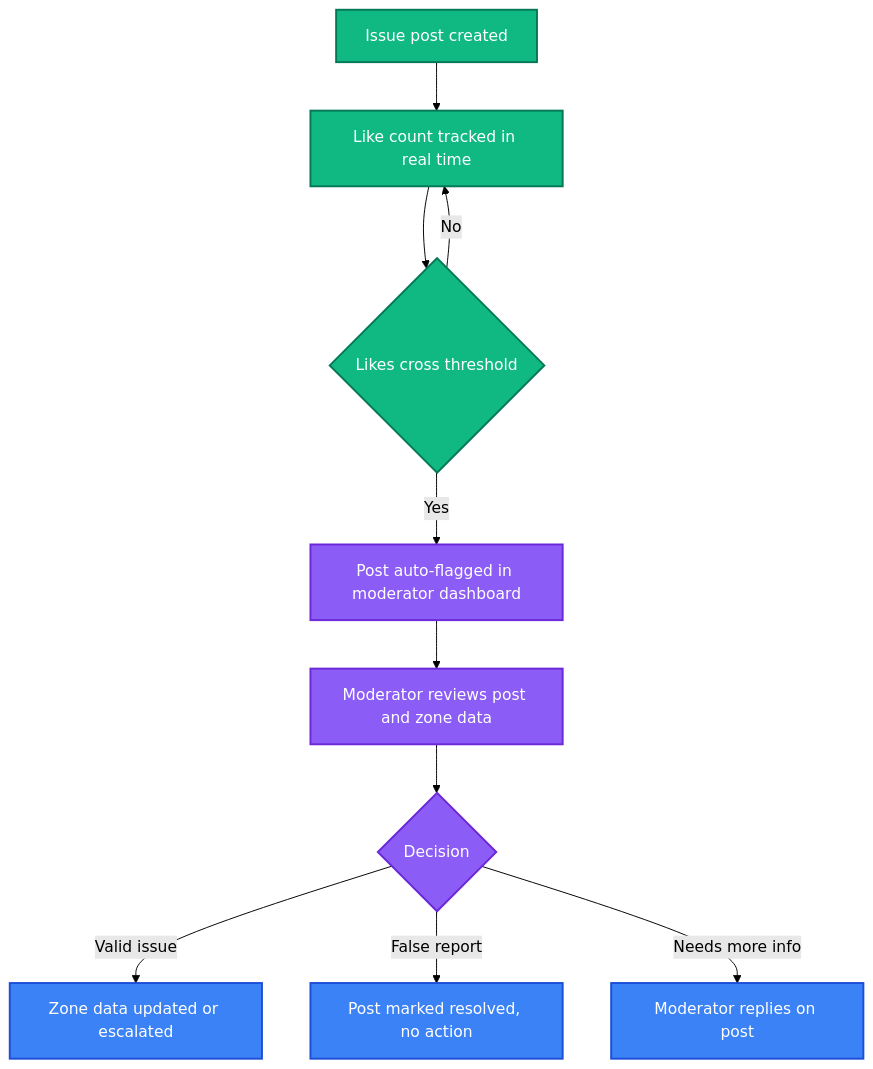
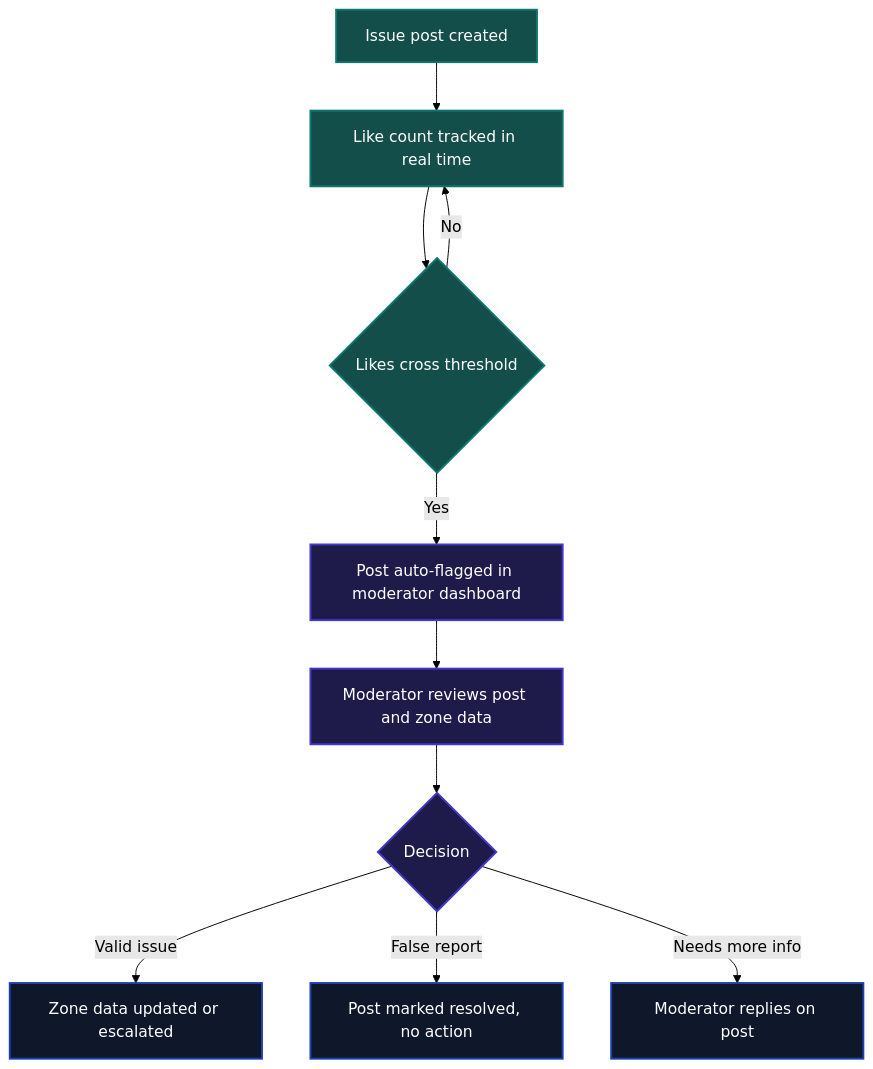
One commit to kirithic-0/KavachPay- changed the third of 3 diagrams in README.md. Above: the diagram before and after it, drawn with Mermaid (forest theme). The commit also changed other lines of this file, not shown here.

````diff
--- a/README.md
+++ b/README.md
@@ -122,16 +121,16 @@
 ```mermaid
 graph TD
-    classDef system fill:#10b981,stroke:#047857,stroke-width:2px,color:#fff;
-    classDef mod fill:#8b5cf6,stroke:#6d28d9,stroke-width:2px,color:#fff;
-    classDef outcome fill:#3b82f6,stroke:#1d4ed8,stroke-width:2px,color:#fff;
+    classDef system fill:#134e4a,stroke:#0f766e,stroke-width:2px,color:#fff;
+    classDef mod fill:#1e1b4b,stroke:#4338ca,stroke-width:2px,color:#fff;
+    classDef outcome fill:#0f172a,stroke:#1e40af,stroke-width:2px,color:#fff;
 
     A[Issue post created]:::system --> B[Like count tracked in real time]:::system
     B --> C{Likes cross threshold}:::system
     C -- No --> B
     C -- Yes --> D[Post auto-flagged in moderator dashboard]:::mod
     D --> E[Moderator reviews post and zone data]:::mod
     E --> F{Decision}:::mod
     F -- Valid issue --> G[Zone data updated or escalated]:::outcome
     F -- False report --> H[Post marked resolved, no action]:::outcome
     F -- Needs more info --> I[Moderator replies on post]:::outcome
 ```
````
